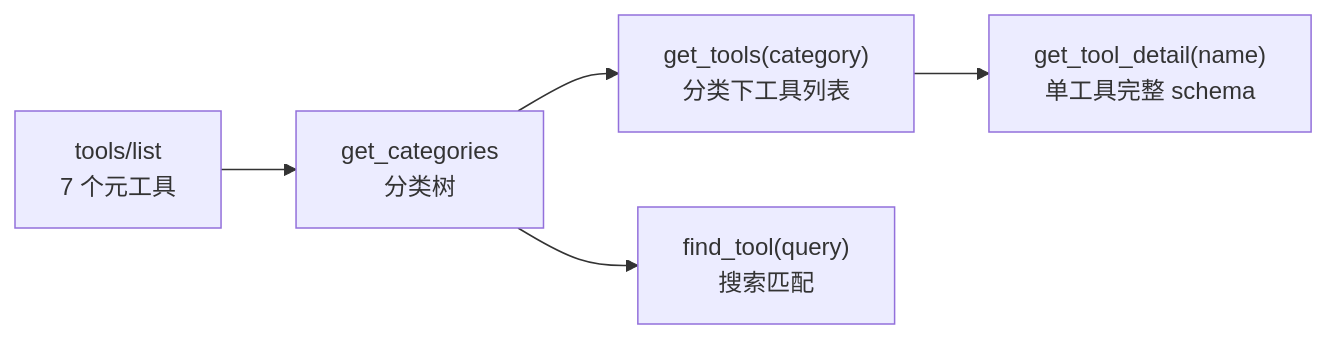
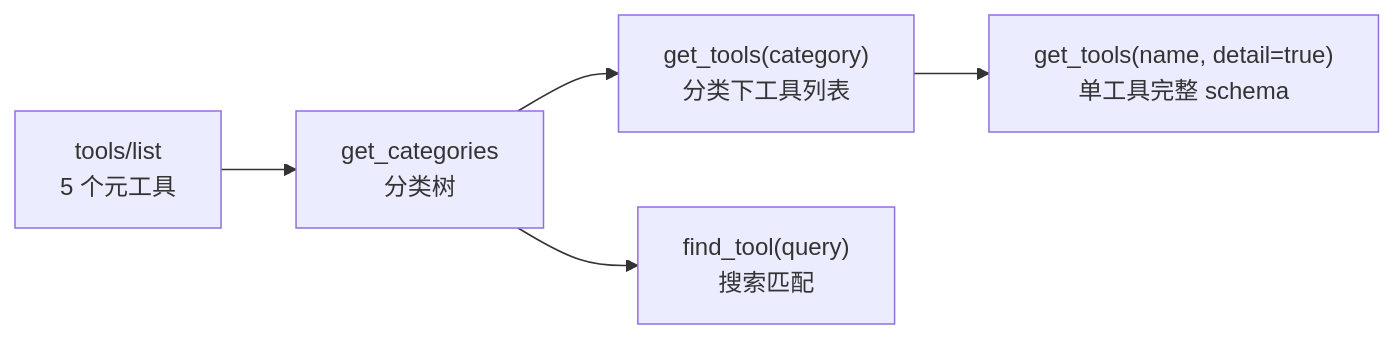
The first of 2 diagrams in .repo_wiki/modules/meta-tools.md (jesspig/GodotMCP-GDExtension), drawn with Mermaid before and after one commit. The commit also changed other lines of this file and 41 other files, not shown here.

````diff
--- a/.repo_wiki/modules/meta-tools.md
+++ b/.repo_wiki/modules/meta-tools.md
@@ -21,7 +19,7 @@
 ```mermaid
 flowchart LR
-    A["tools/list<br/>7 个元工具"] --> B["get_categories<br/>分类树"]
+    A["tools/list<br/>5 个元工具"] --> B["get_categories<br/>分类树"]
     B --> C["get_tools(category)<br/>分类下工具列表"]
-    C --> D["get_tool_detail(name)<br/>单工具完整 schema"]
+    C --> D["get_tools(name, detail=true)<br/>单工具完整 schema"]
     B --> E["find_tool(query)<br/>搜索匹配"]
 ```
````
